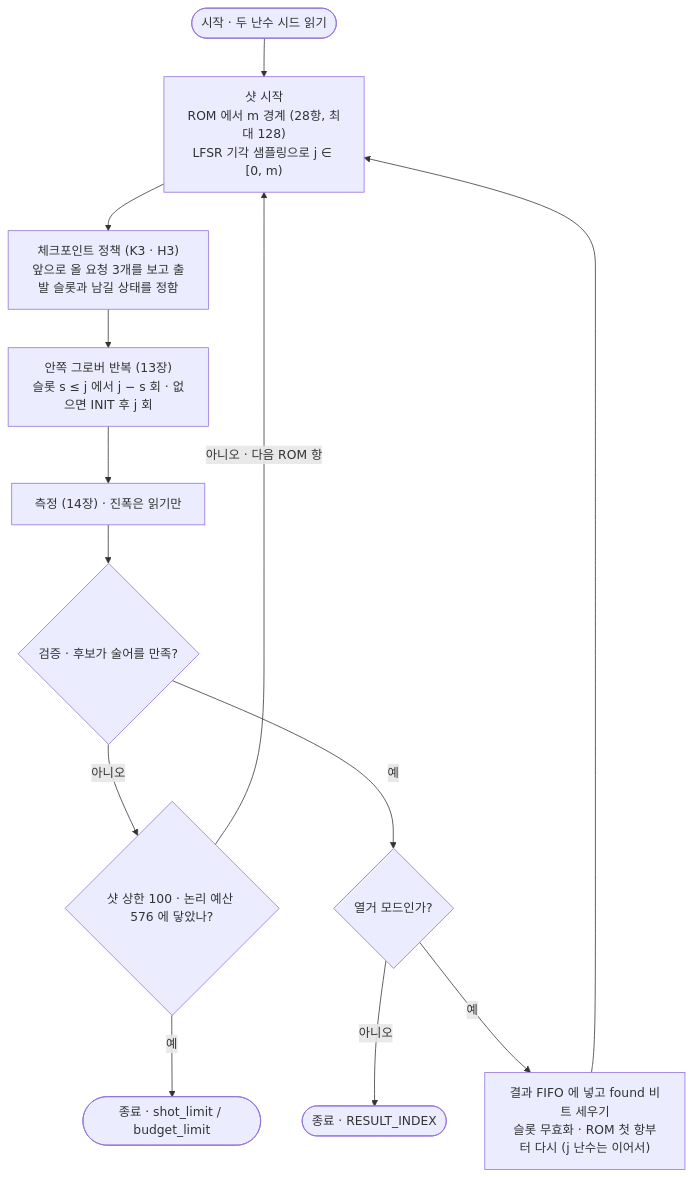
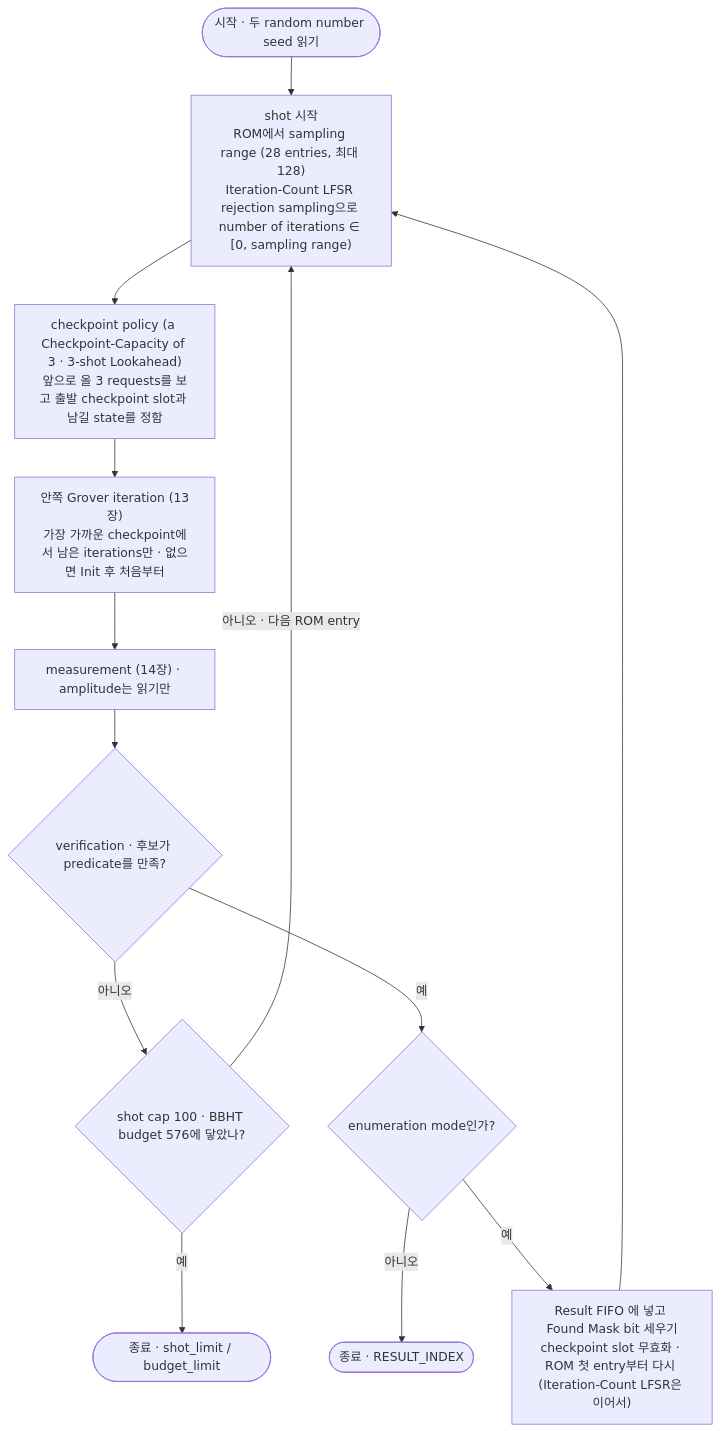
Before and after one commit to Git-Junsang/Quantum-Grover: the diagram in documents/study_references/diagrams/src/16_shot_loop.mmd, drawn with Mermaid. The commit also changed 3854 other files, not shown here.

```diff
--- a/documents/study_references/diagrams/src/16_shot_loop.mmd
+++ b/documents/study_references/diagrams/src/16_shot_loop.mmd
@@ -1,13 +1,13 @@
 flowchart TD
-    START([시작 · 두 난수 시드 읽기]) --> SHOT["샷 시작<br/>ROM 에서 m 경계 (28항, 최대 128)<br/>LFSR 기각 샘플링으로 j ∈ [0, m)"]
-    SHOT --> POL["체크포인트 정책 (K3 · H3)<br/>앞으로 올 요청 3개를 보고 출발 슬롯과 남길 상태를 정함"]
-    POL --> INNER["안쪽 그로버 반복 (13장)<br/>슬롯 s ≤ j 에서 j − s 회 · 없으면 INIT 후 j 회"]
-    INNER --> MEAS["측정 (14장) · 진폭은 읽기만"]
-    MEAS --> OK{"검증 · 후보가 술어를 만족?"}
-    OK -->|아니오| LIM{"샷 상한 100 · 논리 예산 576 에 닿았나?"}
-    LIM -->|아니오 · 다음 ROM 항| SHOT
+    START([시작 · 두 random number seed 읽기]) --> SHOT["shot 시작<br/>ROM에서 sampling range (28 entries, 최대 128)<br/>Iteration-Count LFSR rejection sampling으로 number of iterations ∈ [0, sampling range)"]
+    SHOT --> POL["checkpoint policy (a Checkpoint-Capacity of 3 · 3-shot Lookahead)<br/>앞으로 올 3 requests를 보고 출발 checkpoint slot과 남길 state를 정함"]
+    POL --> INNER["안쪽 Grover iteration (13장)<br/>가장 가까운 checkpoint에서 남은 iterations만 · 없으면 Init 후 처음부터"]
+    INNER --> MEAS["measurement (14장) · amplitude는 읽기만"]
+    MEAS --> OK{"verification · 후보가 predicate를 만족?"}
+    OK -->|아니오| LIM{"shot cap 100 · BBHT budget 576에 닿았나?"}
+    LIM -->|아니오 · 다음 ROM entry| SHOT
     LIM -->|예| STOP([종료 · shot_limit / budget_limit])
-    OK -->|예| EN{"열거 모드인가?"}
+    OK -->|예| EN{"enumeration mode인가?"}
     EN -->|아니오| DONE([종료 · RESULT_INDEX])
-    EN -->|예| NEXT["결과 FIFO 에 넣고 found 비트 세우기<br/>슬롯 무효화 · ROM 첫 항부터 다시 (j 난수는 이어서)"]
+    EN -->|예| NEXT["Result FIFO 에 넣고 Found Mask bit 세우기<br/>checkpoint slot 무효화 · ROM 첫 entry부터 다시 (Iteration-Count LFSR은 이어서)"]
     NEXT --> SHOT
```
